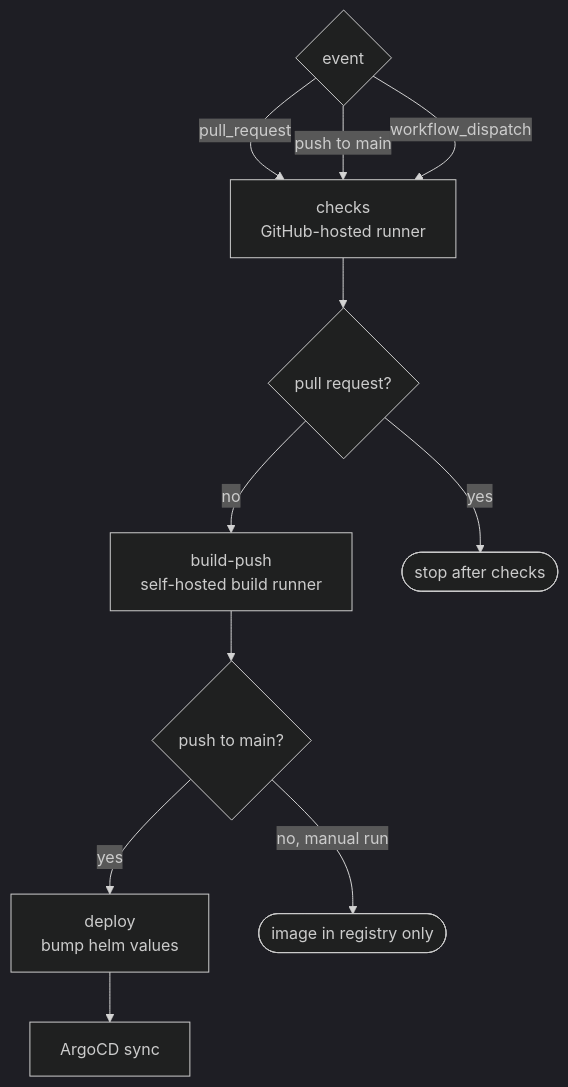
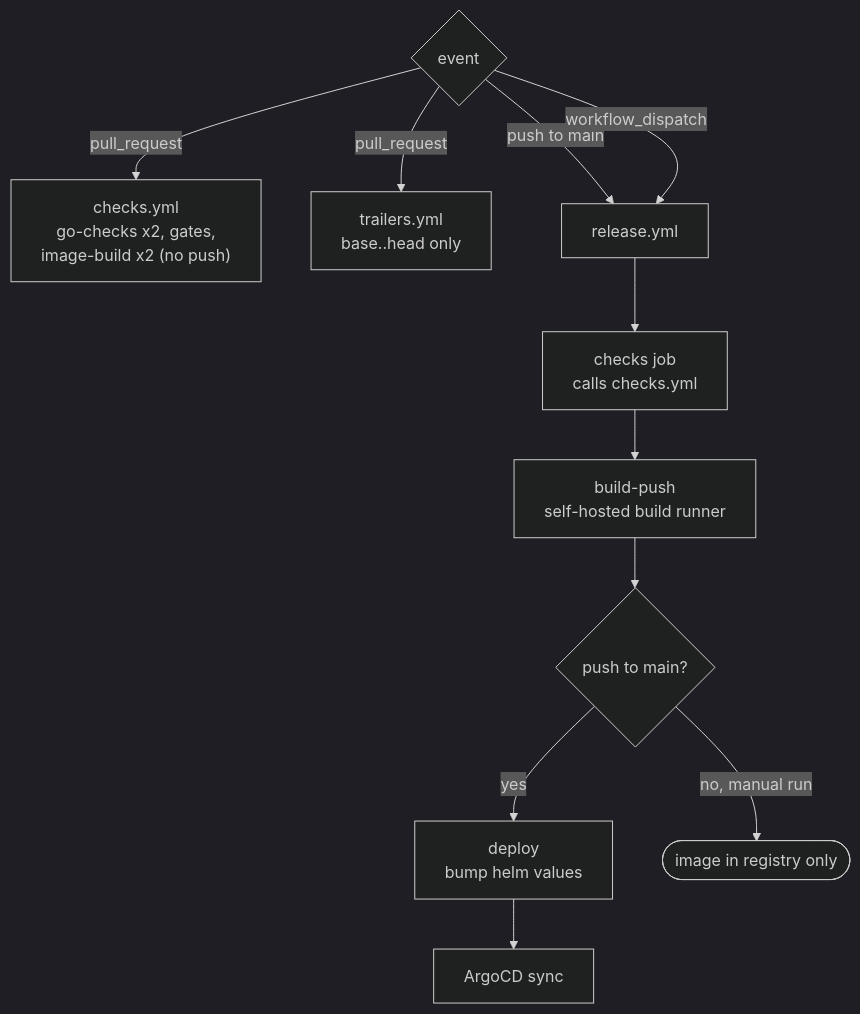
Before and after one commit to MohammadBnei/wird: the third of 4 diagrams in docs/architecture/deploy.md, drawn with Mermaid (dark theme). The commit also changed other lines of this file and 9 other files, not shown here.

````diff
--- a/docs/architecture/deploy.md
+++ b/docs/architecture/deploy.md
@@ -57,22 +57,23 @@
 ```mermaid
 flowchart TD
   ev{"event"}
-  checks["checks<br/>GitHub-hosted runner"]
-  gate{"pull request?"}
+  pr["checks.yml<br/>go-checks x2, gates,<br/>image-build x2 (no push)"]
+  tr["trailers.yml<br/>base..head only"]
+  rel["release.yml"]
+  checks["checks job<br/>calls checks.yml"]
   build["build-push<br/>self-hosted build runner"]
   push{"push to main?"}
   deploy["deploy<br/>bump helm values"]
   argo["ArgoCD sync"]
-  stop(["stop after checks"])
   done(["image in registry only"])
-  ev -->|pull_request| checks
-  ev -->|push to main| checks
-  ev -->|workflow_dispatch| checks
-  checks --> gate
-  gate -->|yes| stop
-  gate -->|no| build
+  ev -->|pull_request| pr
+  ev -->|pull_request| tr
+  ev -->|push to main| rel
+  ev -->|workflow_dispatch| rel
+  rel --> checks
+  checks --> build
   build --> push
   push -->|"no, manual run"| done
   push -->|yes| deploy
   deploy --> argo
 ```
````
